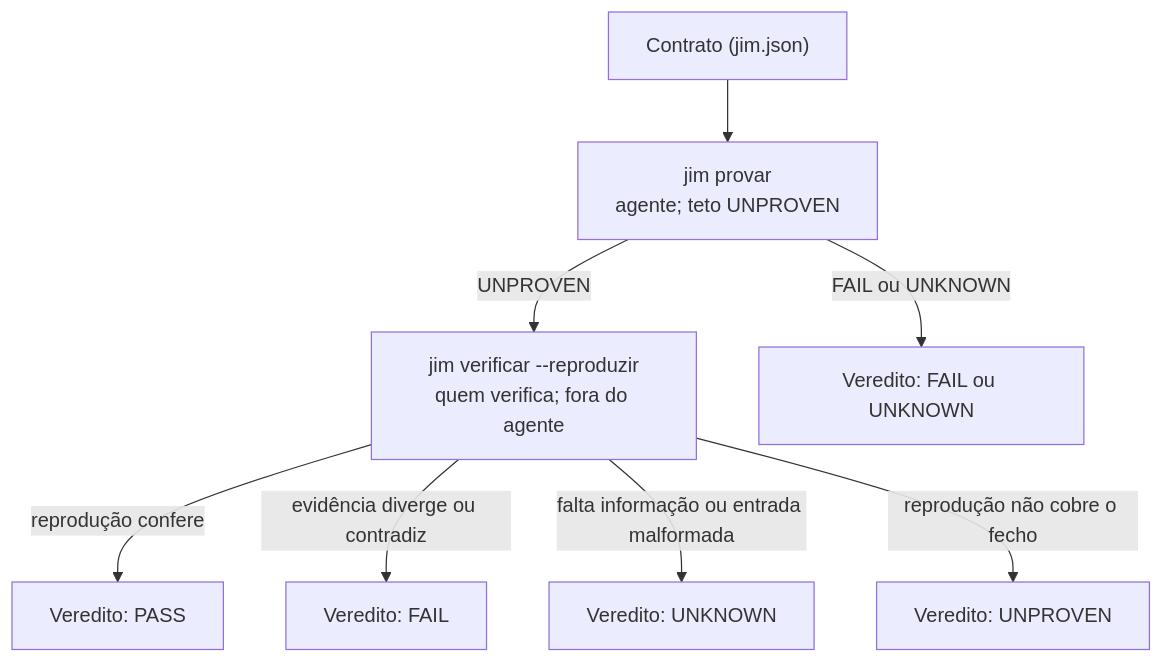
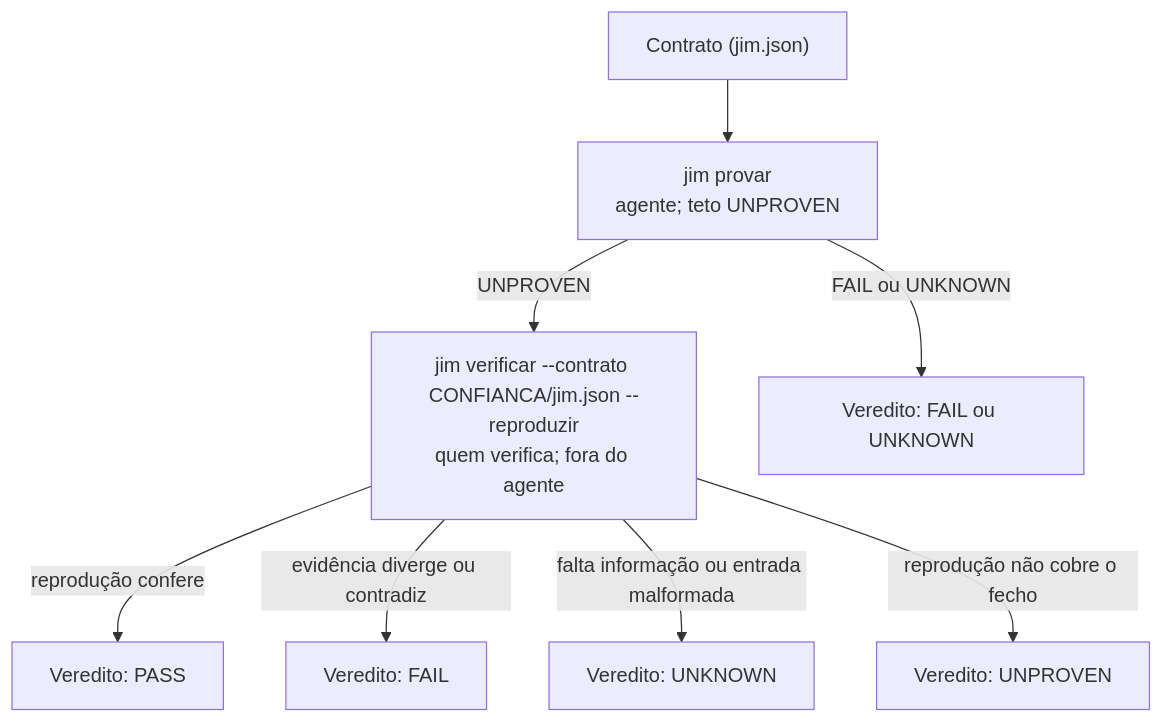
One commit to XAKCN/Jim changed the diagram in README.md. Above: the diagram before and after it, drawn with Mermaid. The commit also changed other lines of this file and 4 other files, not shown here.

Commit message:
Exige contrato de confiança e limita o veredito do agente

````diff
--- a/README.md
+++ b/README.md
@@ -54,10 +54,10 @@
 ```mermaid
 flowchart TD
     C["Contrato (jim.json)"] --> P["jim provar<br/>agente; teto UNPROVEN"]
-    P -->|UNPROVEN| V["jim verificar --reproduzir<br/>quem verifica; fora do agente"]
+    P -->|UNPROVEN| V["jim verificar --contrato CONFIANCA/jim.json --reproduzir<br/>quem verifica; fora do agente"]
     P -->|"FAIL ou UNKNOWN"| R["Veredito: FAIL ou UNKNOWN"]
     V -->|reprodução confere| S["Veredito: PASS"]
     V -->|evidência diverge ou contradiz| F["Veredito: FAIL"]
     V -->|falta informação ou entrada malformada| U["Veredito: UNKNOWN"]
     V -->|reprodução não cobre o fecho| N["Veredito: UNPROVEN"]
 ```
````
